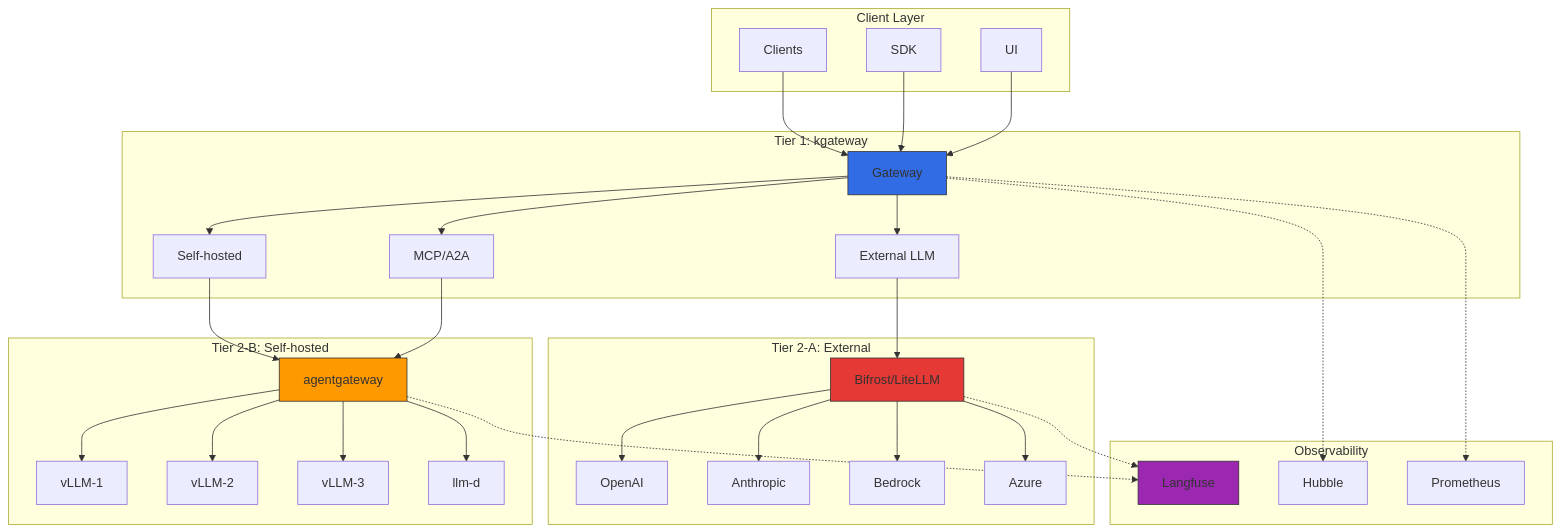
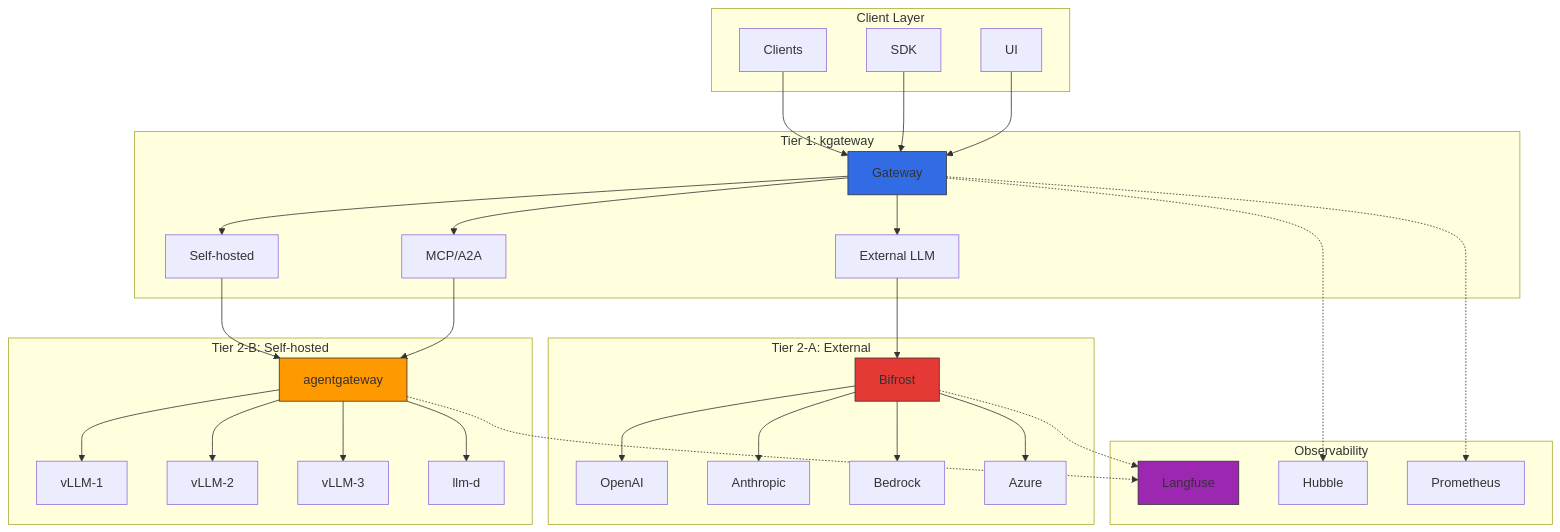
The first of 5 diagrams in docs/agentic-ai-platform/gateway-agents/llm-gateway-architecture.md (devfloor9/engineering-playbook), drawn with Mermaid before and after one commit. The commit also changed other lines of this file and 13 other files, not shown here.

First line of the commit message:
docs: LLM Router 기본 전환 — Bifrost (primary) + LiteLLM (alternative)

````diff
--- a/docs/agentic-ai-platform/gateway-agents/llm-gateway-architecture.md
+++ b/docs/agentic-ai-platform/gateway-agents/llm-gateway-architecture.md
@@ -55,56 +55,56 @@
 ```mermaid
 flowchart TB
     subgraph CL["Client Layer"]
         CLIENT[Clients]
         SDK[SDK]
         UI[UI]
     end
 
     subgraph T1["Tier 1: kgateway"]
         GW1[Gateway]
         HR1[External LLM]
         HR2[Self-hosted]
         HR3[MCP/A2A]
     end
 
     subgraph T2A["Tier 2-A: External"]
-        BIFROST[Bifrost/LiteLLM]
+        BIFROST[Bifrost]
         OPENAI[OpenAI]
         ANTHROPIC[Anthropic]
         BEDROCK[Bedrock]
         AZURE[Azure]
     end
 
     subgraph T2B["Tier 2-B: Self-hosted"]
         AGENTGW[agentgateway]
         VLLM1[vLLM-1]
         VLLM2[vLLM-2]
         VLLM3[vLLM-3]
         LLMD[llm-d]
     end
 
     subgraph OBS["Observability"]
         LANGFUSE[Langfuse]
         HUBBLE[Hubble]
         PROM[Prometheus]
     end
 
     CLIENT & SDK & UI --> GW1
     GW1 --> HR1 & HR2 & HR3
 
     HR1 --> BIFROST
     BIFROST --> OPENAI & ANTHROPIC & BEDROCK & AZURE
 
     HR2 --> AGENTGW
     AGENTGW --> VLLM1 & VLLM2 & VLLM3 & LLMD
 
     HR3 --> AGENTGW
 
     BIFROST & AGENTGW -.-> LANGFUSE
     GW1 -.-> HUBBLE & PROM
 
     style GW1 fill:#326ce5,stroke:#333
     style BIFROST fill:#e53935,stroke:#333
     style AGENTGW fill:#ff9900,stroke:#333
     style LANGFUSE fill:#9c27b0,stroke:#333
 ```
````
